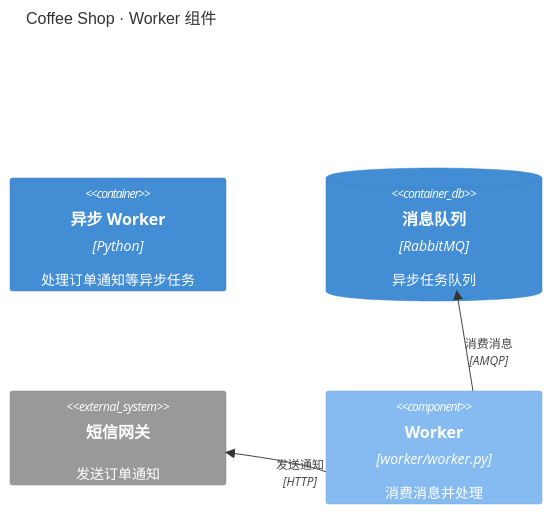
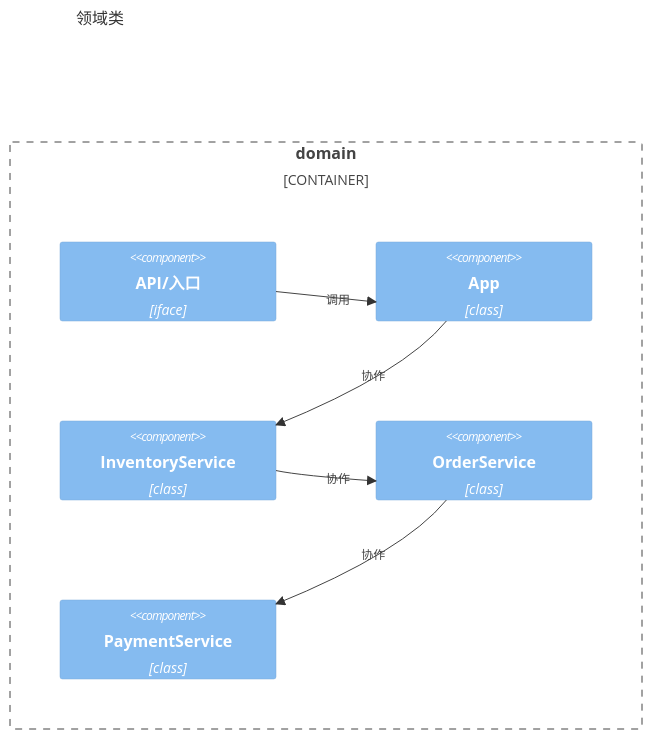
Before and after one commit to tomyangod/architecture_viewer: the second of 2 diagrams in examples/showcase-shop/architecture_viewer/c4-component.md, drawn with Mermaid. The commit also changed other lines of this file and 44 other files, not shown here.

````diff
--- a/examples/showcase-shop/architecture_viewer/c4-component.md
+++ b/examples/showcase-shop/architecture_viewer/c4-component.md
@@ -30,14 +29,19 @@
 ```mermaid
 C4Component
-    title Coffee Shop · Worker 组件
-    Container(worker, "异步 Worker", "Python", "处理订单通知等异步任务")
-    ContainerDb(mq, "消息队列", "RabbitMQ", "异步任务队列")
-    System_Ext(sms_gateway, "短信网关", "发送订单通知")
+    title 领域类
 
-    Component(worker_main, "Worker", "worker/worker.py", "消费消息并处理")
+    Container_Boundary(domain, "domain") {
+        Component(boundary_api, "API/入口", "iface", "")
+        Component(cls_app, "App", "class", "")
+        Component(cls_inventory_service, "InventoryService", "class", "")
+        Component(cls_order_service, "OrderService", "class", "")
+        Component(cls_payment_service, "PaymentService", "class", "")
+    }
 
-    Rel(worker_main, mq, "消费消息", "AMQP")
-    Rel(worker_main, sms_gateway, "发送通知", "HTTP")
+    Rel(boundary_api, cls_app, "调用")
+    Rel(cls_app, cls_inventory_service, "协作")
+    Rel(cls_inventory_service, cls_order_service, "协作")
+    Rel(cls_order_service, cls_payment_service, "协作")
 
     UpdateLayoutConfig($c4ShapeInRow="3", $c4BoundaryInRow="1")
 ```
````
